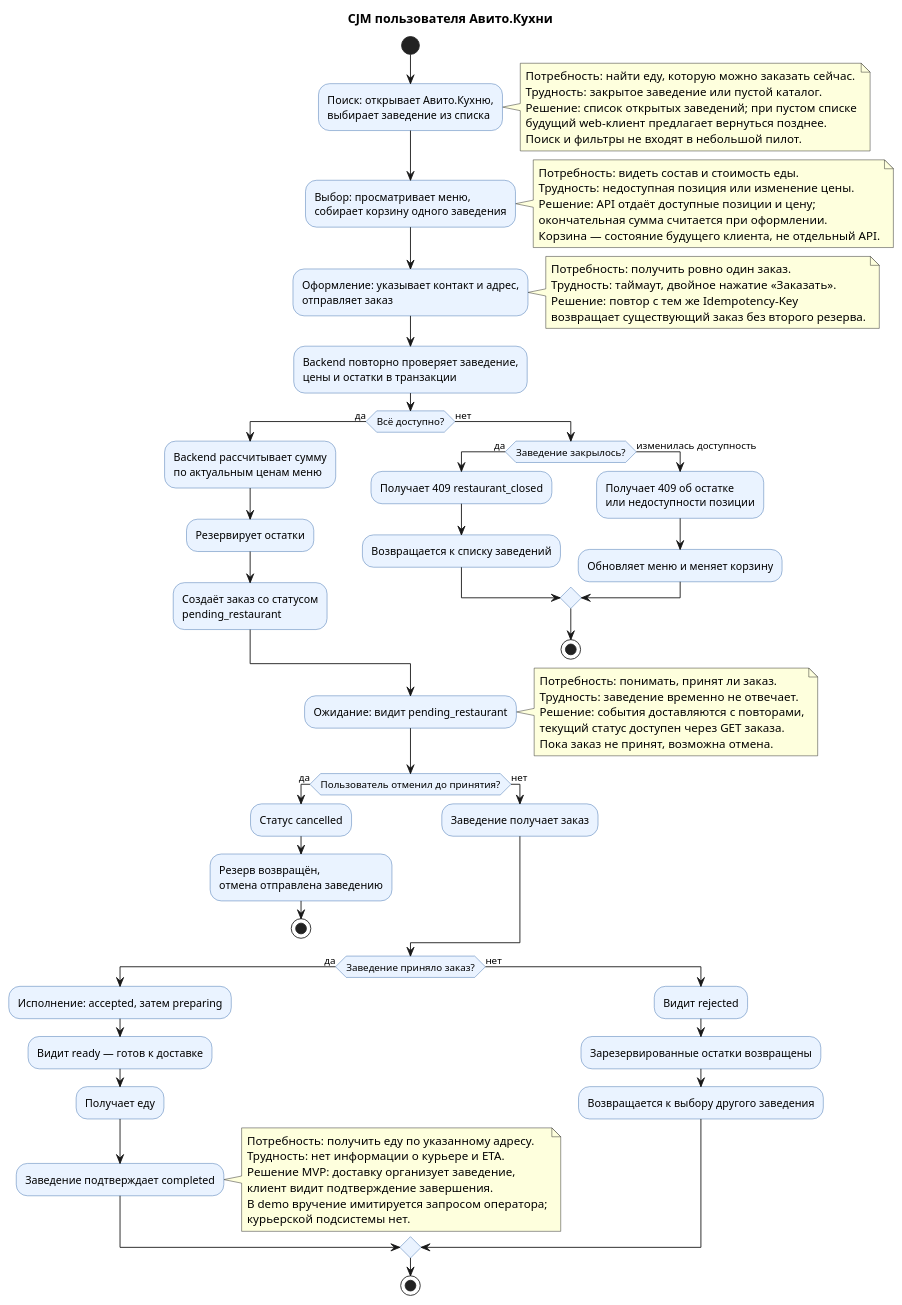
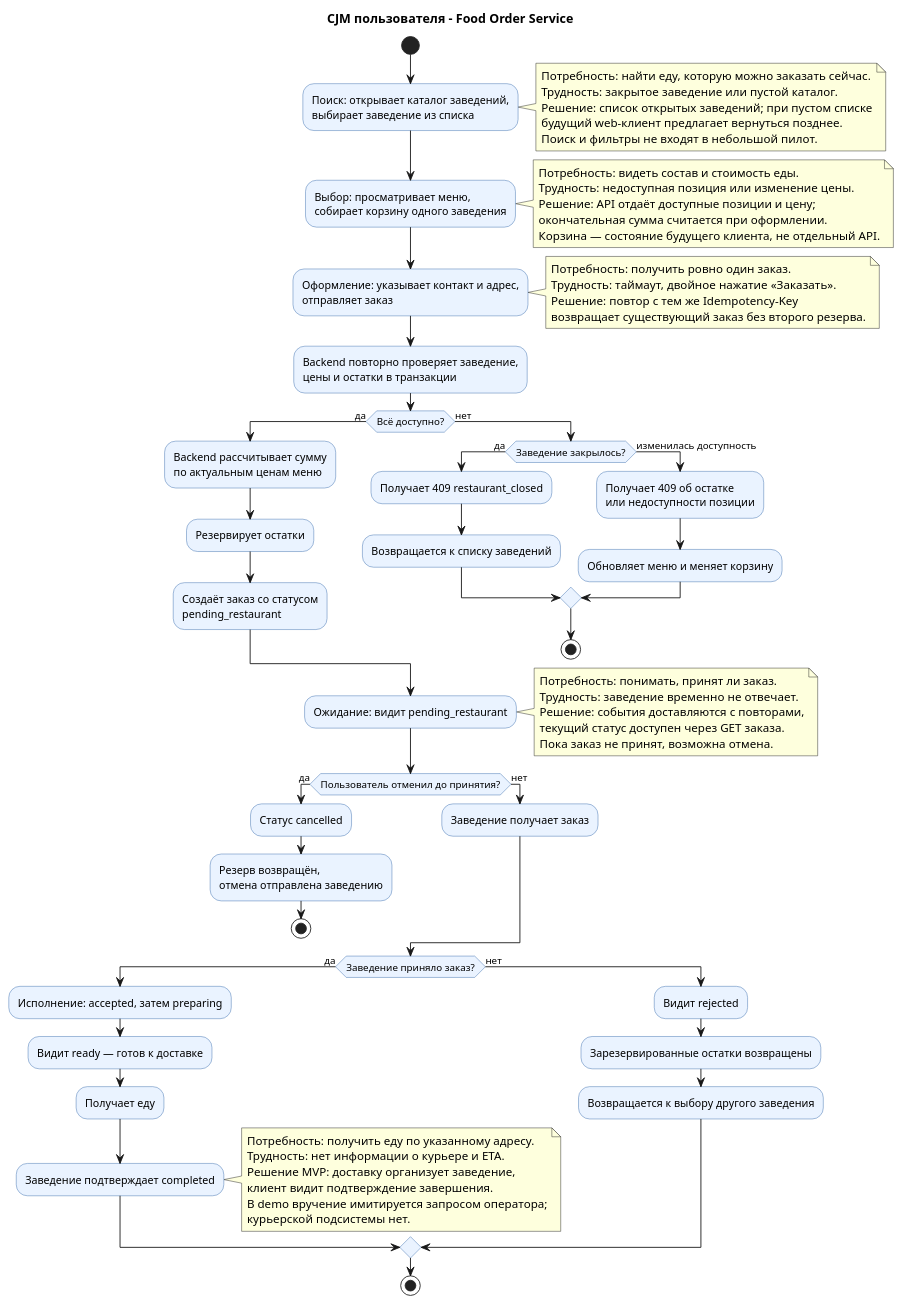
One commit to l3ssthanthree/food-order-service changed the diagram in docs/cjm-user.puml. Above: the diagram before and after it, drawn with PlantUML. The commit also changed 9 other files, not shown here.

Commit message:
docs: present Food Order Service for backend portfolio

```diff
--- a/docs/cjm-user.puml
+++ b/docs/cjm-user.puml
@@ -1,96 +1,96 @@
 @startuml
-title CJM пользователя Авито.Кухни
+title CJM пользователя - Food Order Service
 skinparam shadowing false
 skinparam activity {
   BackgroundColor #EAF3FF
   BorderColor #3267A8
 }
 
 start
-:Поиск: открывает Авито.Кухню,
+:Поиск: открывает каталог заведений,
 выбирает заведение из списка;
 note right
   Потребность: найти еду, которую можно заказать сейчас.
   Трудность: закрытое заведение или пустой каталог.
   Решение: список открытых заведений; при пустом списке
   будущий web-клиент предлагает вернуться позднее.
   Поиск и фильтры не входят в небольшой пилот.
 end note
 
 :Выбор: просматривает меню,
 собирает корзину одного заведения;
 note right
   Потребность: видеть состав и стоимость еды.
   Трудность: недоступная позиция или изменение цены.
   Решение: API отдаёт доступные позиции и цену;
   окончательная сумма считается при оформлении.
   Корзина — состояние будущего клиента, не отдельный API.
 end note
 
 :Оформление: указывает контакт и адрес,
 отправляет заказ;
 note right
   Потребность: получить ровно один заказ.
   Трудность: таймаут, двойное нажатие «Заказать».
   Решение: повтор с тем же Idempotency-Key
   возвращает существующий заказ без второго резерва.
 end note
 
 :Backend повторно проверяет заведение,
 цены и остатки в транзакции;
 if (Всё доступно?) then (да)
   :Backend рассчитывает сумму
   по актуальным ценам меню;
   :Резервирует остатки;
   :Создаёт заказ со статусом
   pending_restaurant;
 else (нет)
   if (Заведение закрылось?) then (да)
     :Получает 409 restaurant_closed;
     :Возвращается к списку заведений;
   else (изменилась доступность)
     :Получает 409 об остатке
     или недоступности позиции;
     :Обновляет меню и меняет корзину;
   endif
   stop
 endif
 
 :Ожидание: видит pending_restaurant;
 note right
   Потребность: понимать, принят ли заказ.
   Трудность: заведение временно не отвечает.
   Решение: события доставляются с повторами,
   текущий статус доступен через GET заказа.
   Пока заказ не принят, возможна отмена.
 end note
 
 if (Пользователь отменил до принятия?) then (да)
   :Статус cancelled;
   :Резерв возвращён,
   отмена отправлена заведению;
   stop
 else (нет)
   :Заведение получает заказ;
 endif
 
 if (Заведение приняло заказ?) then (да)
   :Исполнение: accepted, затем preparing;
   :Видит ready — готов к доставке;
   :Получает еду;
   :Заведение подтверждает completed;
   note right
     Потребность: получить еду по указанному адресу.
     Трудность: нет информации о курьере и ETA.
     Решение MVP: доставку организует заведение,
     клиент видит подтверждение завершения.
     В demo вручение имитируется запросом оператора;
     курьерской подсистемы нет.
   end note
 else (нет)
   :Видит rejected;
   :Зарезервированные остатки возвращены;
   :Возвращается к выбору другого заведения;
 endif
 stop
 @enduml
```
